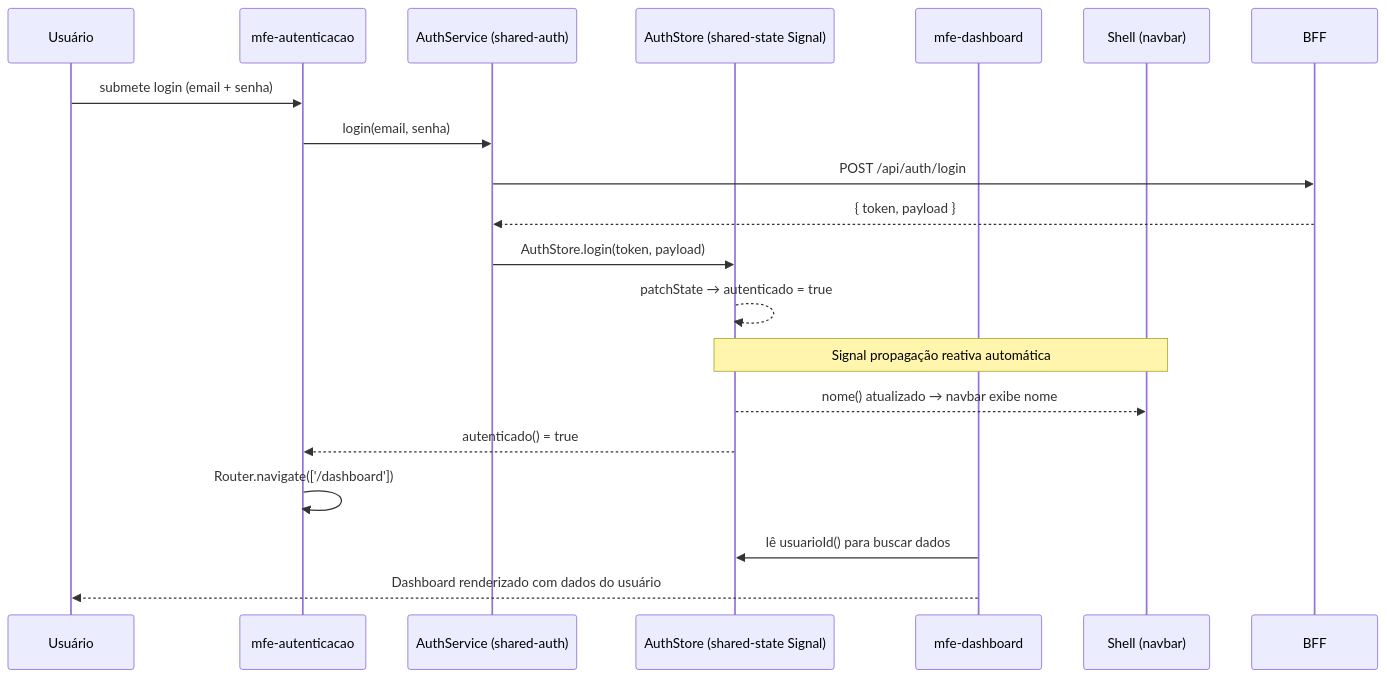
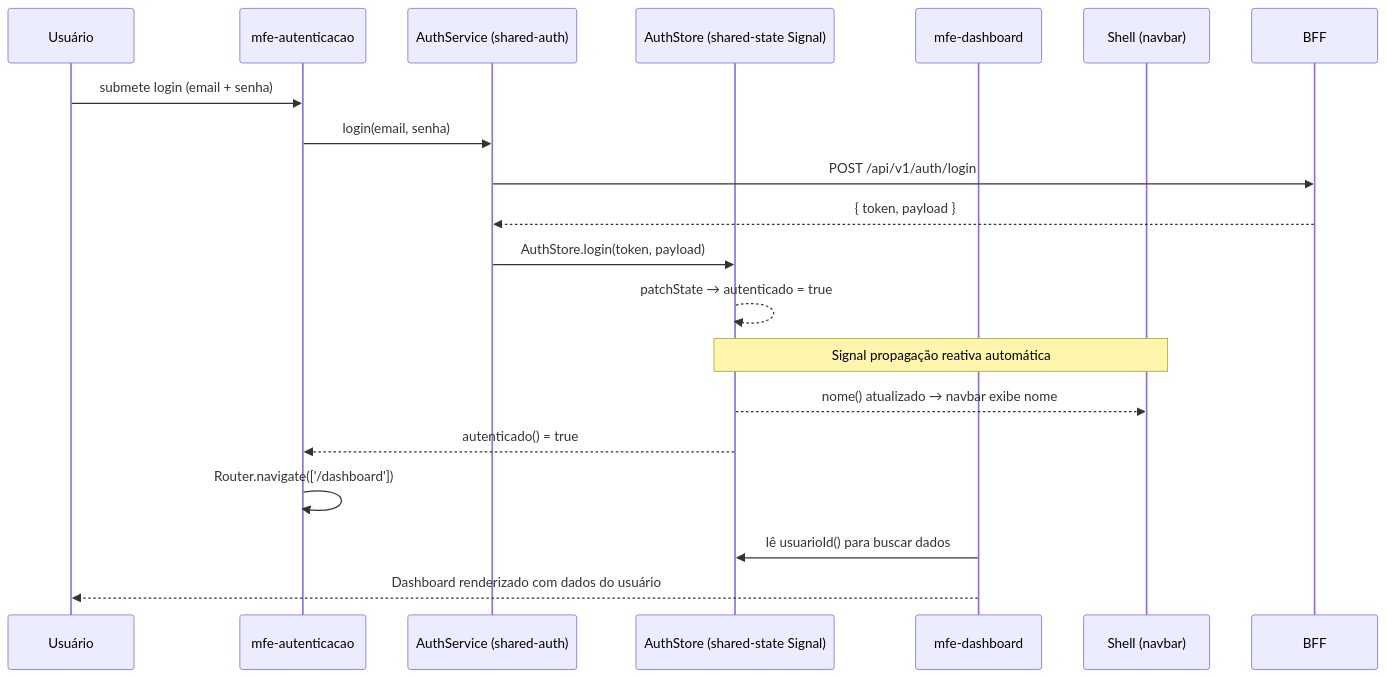
Before and after one commit to vanderleik/vinho-notas-v2: the sixth of 12 diagrams in docs/arquitetura/VinhoNotas_ArquiteturaFrontend.md, drawn with Mermaid. The commit also changed other lines of this file and 14 other files, not shown here.

````diff
--- a/docs/arquitetura/VinhoNotas_ArquiteturaFrontend.md
+++ b/docs/arquitetura/VinhoNotas_ArquiteturaFrontend.md
@@ -619,24 +620,24 @@
 ```mermaid
 sequenceDiagram
     participant U   as Usuário
     participant AUTH as mfe-autenticacao
     participant SVC  as AuthService (shared-auth)
     participant STR  as AuthStore (shared-state Signal)
     participant DASH as mfe-dashboard
     participant SH   as Shell (navbar)
 
     U    ->> AUTH: submete login (email + senha)
     AUTH ->> SVC:  login(email, senha)
-    SVC  ->> BFF:  POST /api/auth/login
+    SVC  ->> BFF:  POST /api/v1/auth/login
     BFF  -->> SVC: { token, payload }
     SVC  ->> STR:  AuthStore.login(token, payload)
     STR  -->> STR: patchState → autenticado = true
 
     Note over STR,SH: Signal propagação reativa automática
     STR  -->> SH:   nome() atualizado → navbar exibe nome
     STR  -->> AUTH: autenticado() = true
 
     AUTH ->> AUTH: Router.navigate(['/dashboard'])
     DASH ->> STR:  lê usuarioId() para buscar dados
     DASH -->> U:   Dashboard renderizado com dados do usuário
 ```
````
